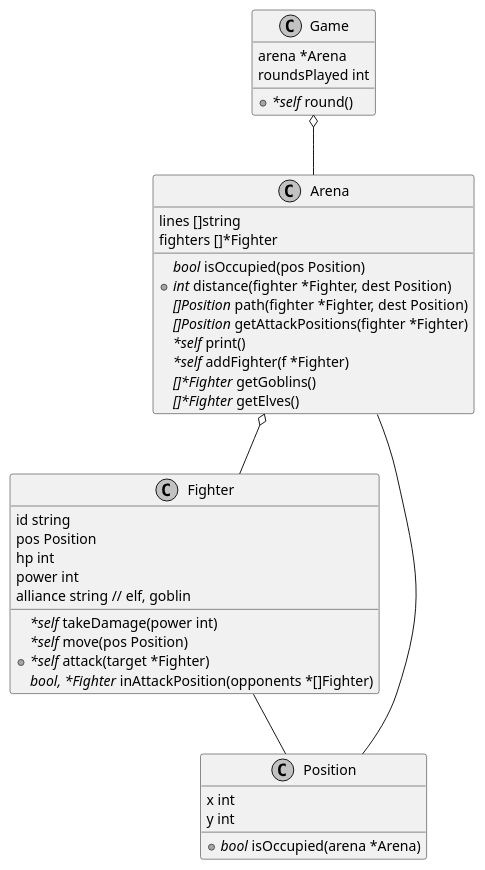
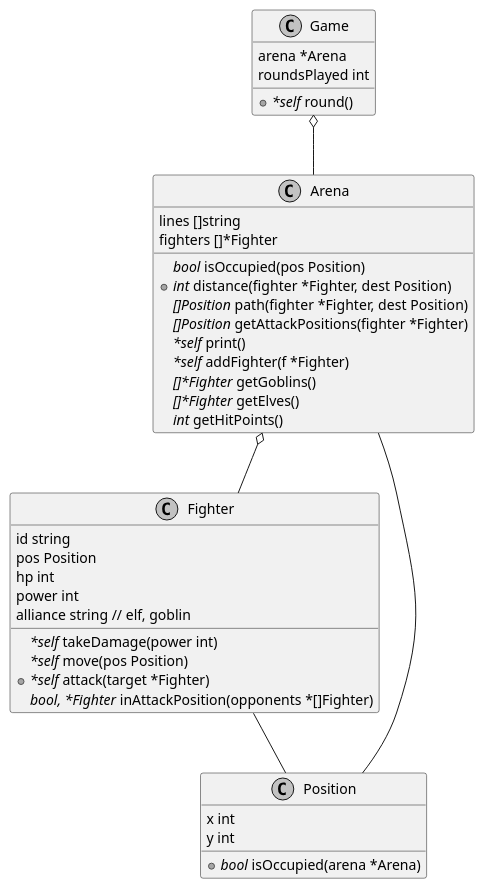
Before and after one commit to rdmueller/aoc-2018: the diagram in day15/go/anoff/README.adoc, drawn with PlantUML. The commit also changed 6 other files, not shown here.

```diff
--- a/day15/go/anoff/README.adoc
+++ b/day15/go/anoff/README.adoc
@@ -10,49 +10,50 @@
 [plantuml, day15-class, png]
 ....
 @startuml
 skinparam defaulttextalignment center
 skinparam monochrome true
 skinparam shadowing false
 class Arena {
   lines []string
   fighters []*Fighter
   //bool// isOccupied(pos Position)
   +//int// distance(fighter *Fighter, dest Position)
   //[]Position// path(fighter *Fighter, dest Position)
   //[]Position// getAttackPositions(fighter *Fighter)
   //*self// print()
   //*self// addFighter(f *Fighter)
   //[]*Fighter// getGoblins()
   //[]*Fighter// getElves()
+  //int// getHitPoints()
 }
 
 class Fighter {
 	id string
 	pos Position
 	hp int
 	power int
   alliance string // elf, goblin
   //*self// takeDamage(power int)
   //*self// move(pos Position)
   +//*self// attack(target *Fighter)
   //bool, *Fighter// inAttackPosition(opponents *[]Fighter)
 }
 
 class Position {
   x int
   y int
   +//bool// isOccupied(arena *Arena)
 }
 
 class Game {
   arena *Arena
   roundsPlayed int
   +//*self// round()
 }
 
 Game o-- Arena
 Arena o-- Fighter
 Fighter -- Position
 Arena -- Position
 @enduml
 ....
```
